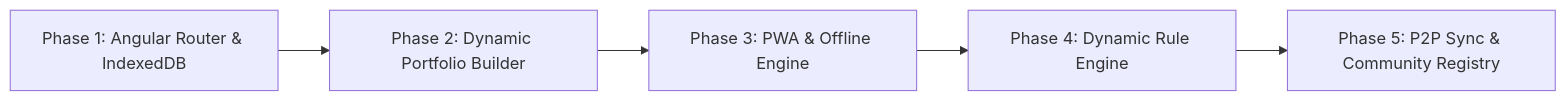
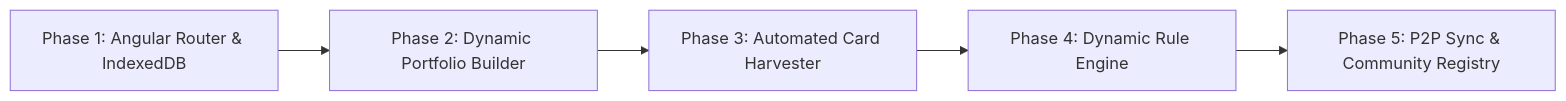
The diagram in docs/SCALING_STRATEGY.md (ShubhrankR/the_plastic_route), drawn with Mermaid before and after one commit. The commit also changed other lines of this file and 7 other files, not shown here.

Commit message:
feat(cards): implement automated card harvester, dataset sync, and ingest 2026 Axis, HDFC, and ICICI catalogs

````diff
--- a/docs/SCALING_STRATEGY.md
+++ b/docs/SCALING_STRATEGY.md
@@ -140,7 +153,7 @@
 ```mermaid
 flowchart LR
     A[Phase 1: Angular Router & IndexedDB] --> B[Phase 2: Dynamic Portfolio Builder]
-    B --> C[Phase 3: PWA & Offline Engine]
+    B --> C[Phase 3: Automated Card Harvester]
     C --> D[Phase 4: Dynamic Rule Engine]
     D --> E[Phase 5: P2P Sync & Community Registry]
 ```
````
